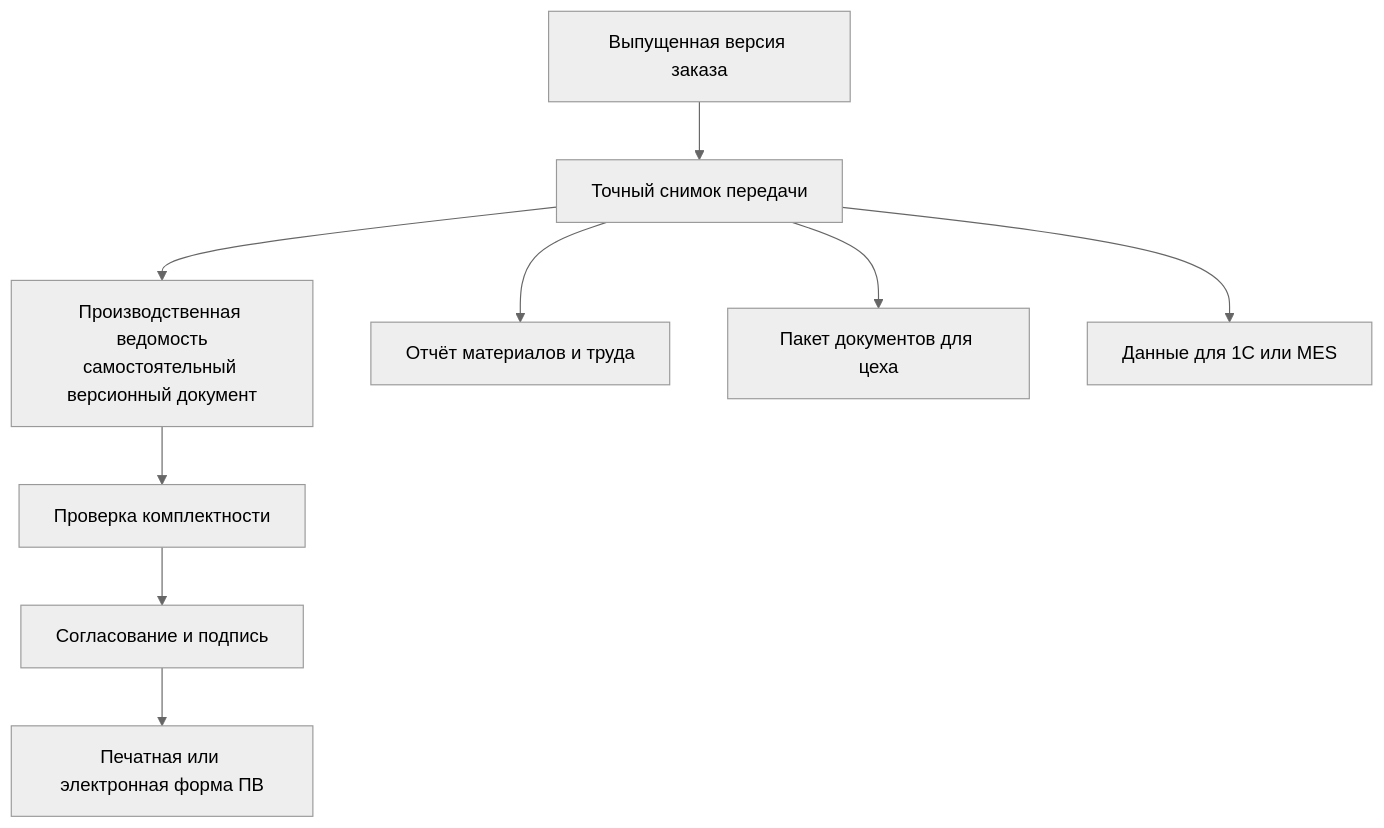
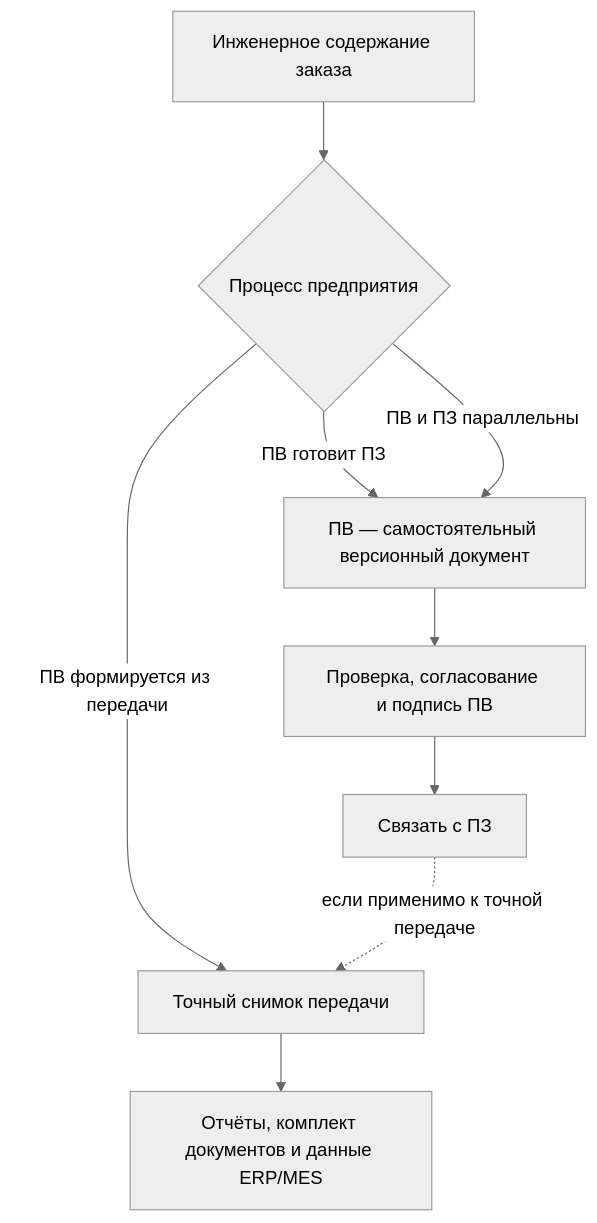
Before and after one commit to ZelAnton/Interlink-product-book: the diagram in wiki/Order-production-documents.md, drawn with Mermaid (neutral theme). The commit also changed other lines of this file and 67 other files, not shown here.

````diff
--- a/wiki/Order-production-documents.md
+++ b/wiki/Order-production-documents.md
@@ -9,11 +9,11 @@
 ```mermaid
 flowchart TD
-    A["Выпущенная версия заказа"] --> B["Точный снимок передачи"]
-    B --> C["Производственная ведомость\nсамостоятельный версионный документ"]
-    C --> D["Проверка комплектности"]
-    D --> E["Согласование и подпись"]
-    E --> F["Печатная или электронная форма ПВ"]
-    B --> G["Отчёт материалов и труда"]
-    B --> H["Пакет документов для цеха"]
-    B --> I["Данные для 1С или MES"]
+    A["Инженерное содержание заказа"] --> V{"Процесс предприятия"}
+    V -->|"ПВ готовит ПЗ"| C["ПВ — самостоятельный версионный документ"]
+    V -->|"ПВ и ПЗ параллельны"| C
+    V -->|"ПВ формируется из передачи"| B["Точный снимок передачи"]
+    C --> D["Проверка, согласование и подпись ПВ"]
+    D --> E["Связать с ПЗ"]
+    E -.->|"если применимо к точной передаче"| B
+    B --> F["Отчёты, комплект документов и данные ERP/MES"]
 ```
````
